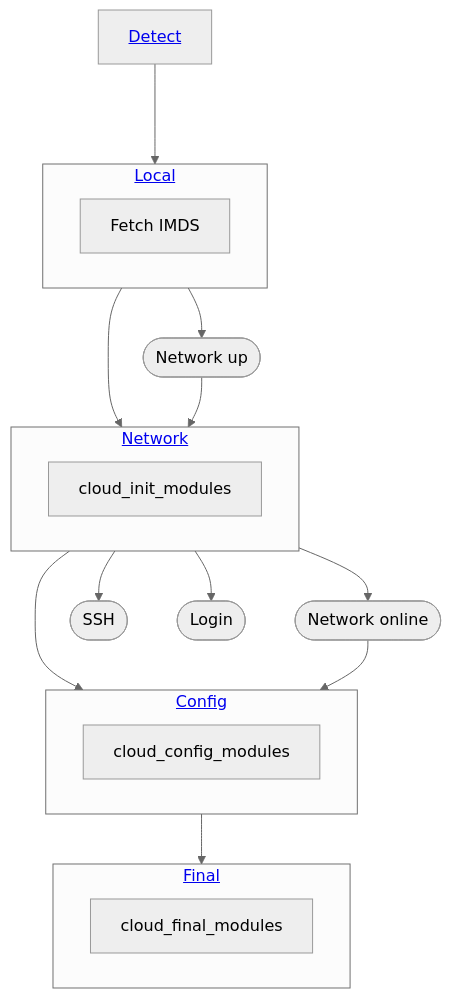
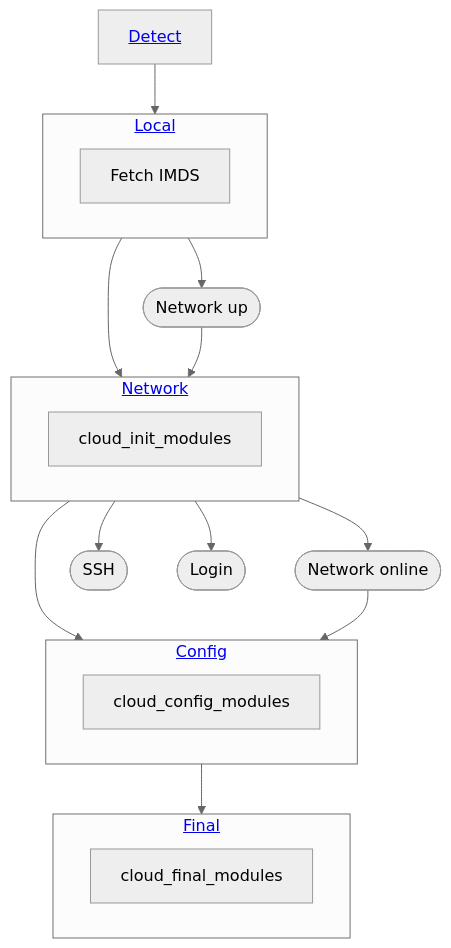
Before and after one commit to canonical/cloud-init: the diagram in doc/rtd/explanation/boot.rst, drawn with Mermaid (neutral theme).

```diff
--- a/doc/rtd/explanation/boot.rst
+++ b/doc/rtd/explanation/boot.rst
@@ -12,30 +12,33 @@
 .. mermaid::
 
   graph TB
 
-    D["<a href='#detect'>Detect</a>"] ---> L
+    D["<a href='#detect'>Detect</a>"] --> L
 
     L --> NU([Network up])
-    L & NU --> N
+    L --> N
+    NU --> N
+
     subgraph L["<a href='#local'>Local</a>"]
         FI[Fetch IMDS]
     end
 
     N --> NO([Network online])
-    N & NO --> C
+    N --> C
+    NO --> C
     N --> S([SSH])
     N --> Login([Login])
 
     subgraph N["<a href='#network'>Network</a>"]
         cloud_init_modules
     end
     %% cloud_config_modules
 
     subgraph C["<a href='#config'>Config</a>"]
         cloud_config_modules
     end
 
     C --> F
     subgraph F["<a href='#final'>Final</a>"]
         cloud_final_modules
     end
```
